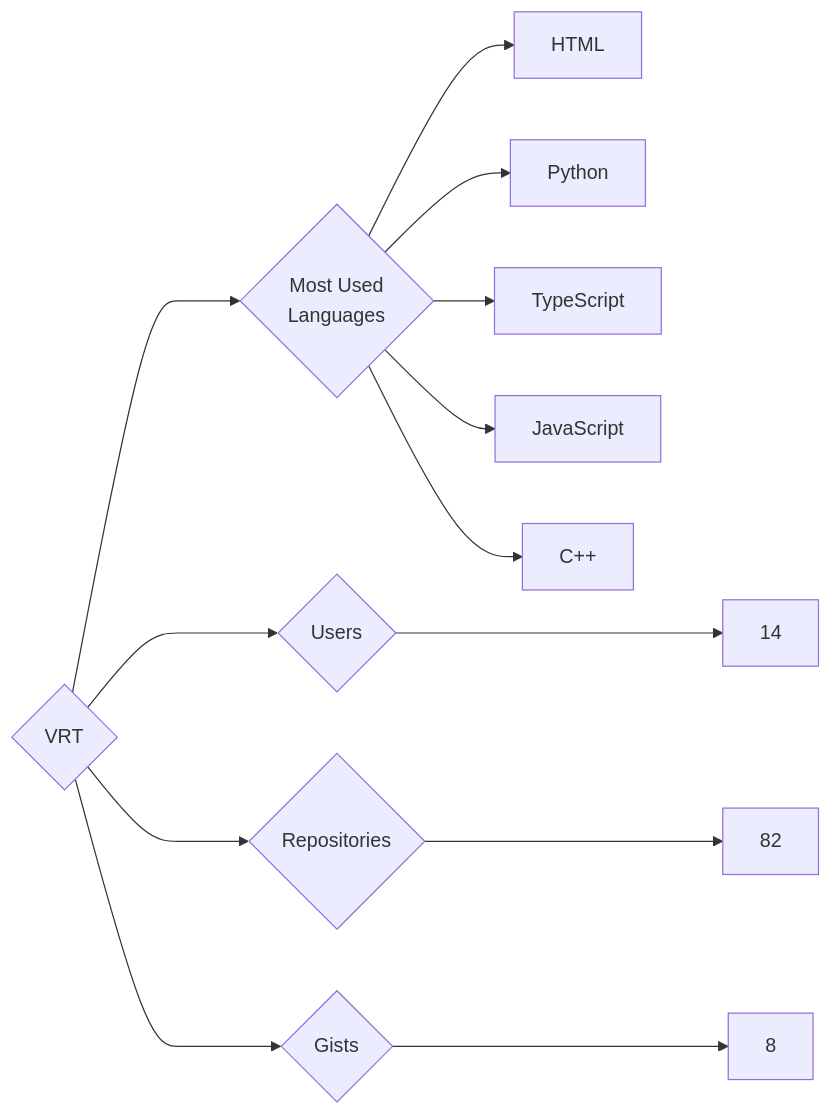
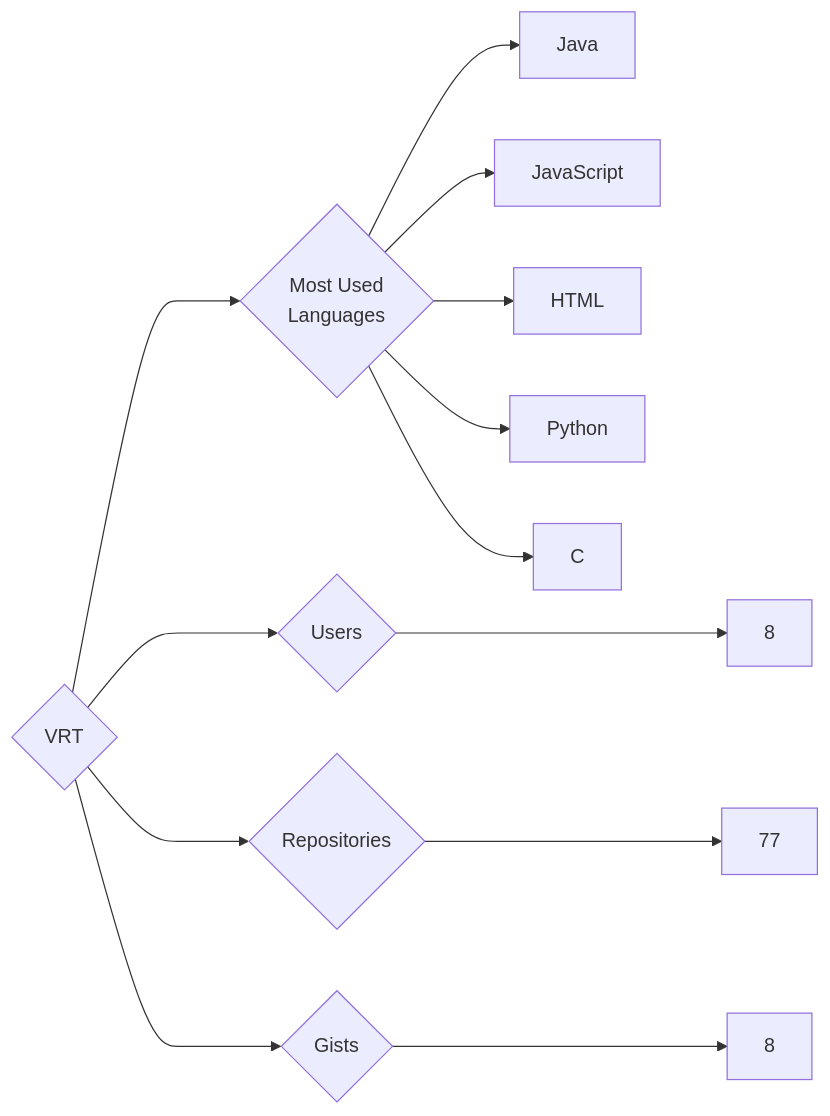
Before and after one commit to trickest/insiders: the diagram in targets/VRT/README.md, drawn with Mermaid. The commit also changed 770 other files, not shown here.

````diff
--- a/targets/VRT/README.md
+++ b/targets/VRT/README.md
@@ -3,13 +3,13 @@
 ```mermaid
 graph LR
 COMPANY_NAME{VRT}
-COMPANY_NAME ---> U{Users} ---> UN[14]
-COMPANY_NAME ---> R{Repositories} ---> RN[82]
+COMPANY_NAME ---> U{Users} ---> UN[8]
+COMPANY_NAME ---> R{Repositories} ---> RN[77]
 COMPANY_NAME ---> G{Gists} ---> GN[8]
 COMPANY_NAME ---> ML{Most Used<br>Languages}
+ML --> Java[Java]
+ML --> JavaScript[JavaScript]
 ML --> HTML[HTML]
 ML --> Python[Python]
-ML --> TypeScript[TypeScript]
-ML --> JavaScript[JavaScript]
-ML --> C++[C++]
+ML --> C[C]
 ```
````
